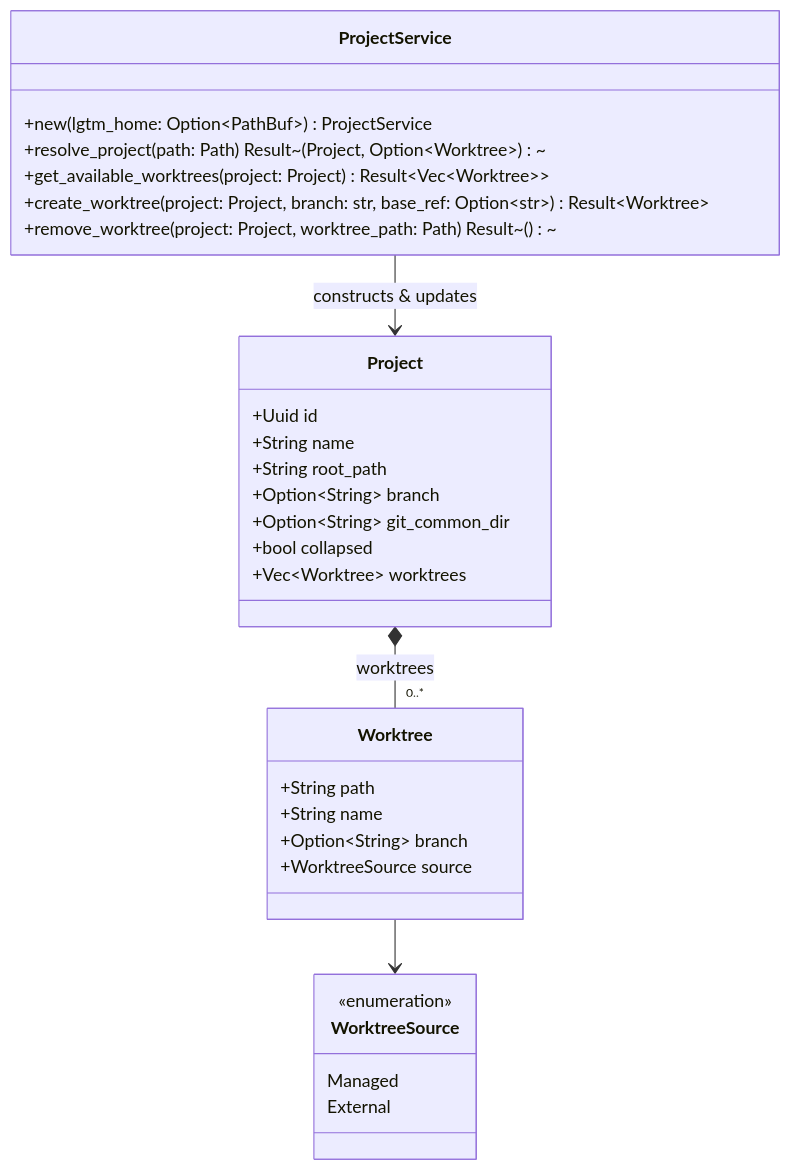
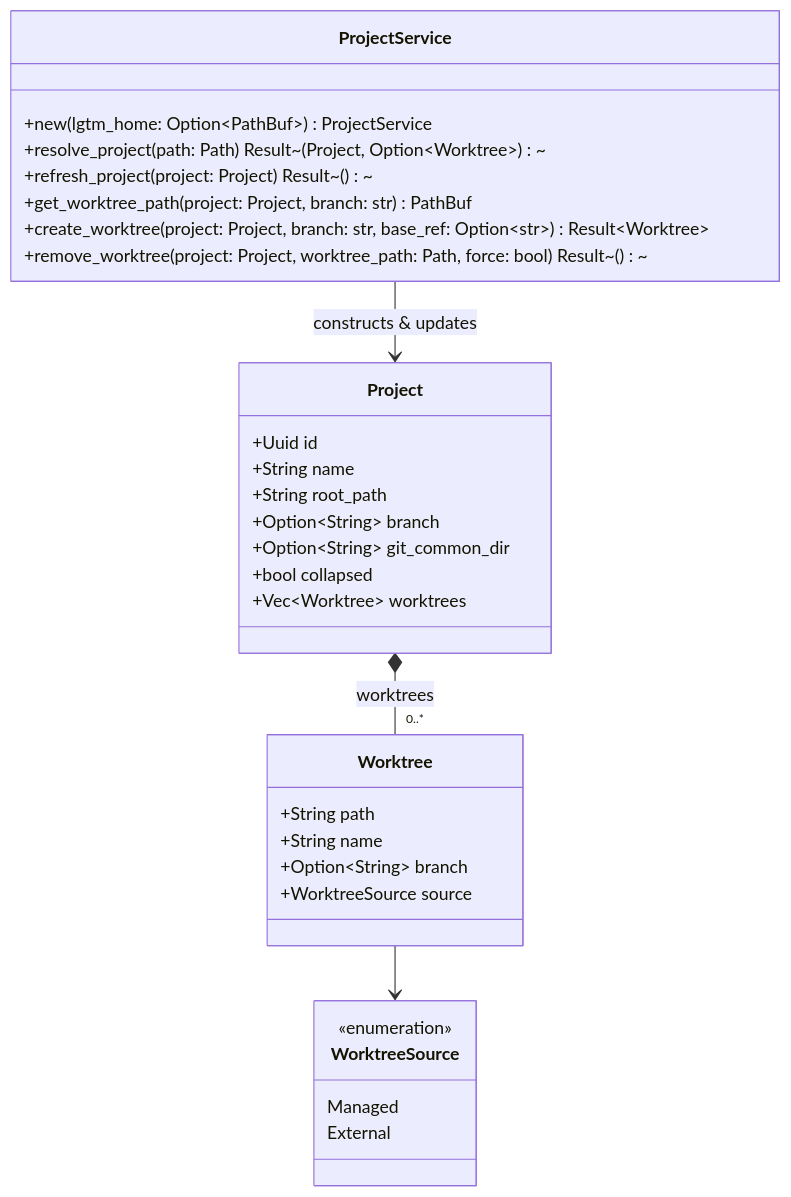
The second of 3 diagrams in docs/architecture/project/index.md (difflab-io/lgtm), drawn with Mermaid before and after one commit. The commit also changed other lines of this file and 33 other files, not shown here.

````diff
--- a/docs/architecture/project/index.md
+++ b/docs/architecture/project/index.md
@@ -56,39 +56,40 @@
 ```mermaid
 classDiagram
     direction TB
 
     class Project {
         +Uuid id
         +String name
         +String root_path
         +Option~String~ branch
         +Option~String~ git_common_dir
         +bool collapsed
         +Vec~Worktree~ worktrees
     }
 
     class Worktree {
         +String path
         +String name
         +Option~String~ branch
         +WorktreeSource source
     }
 
     class WorktreeSource {
         <<enumeration>>
         Managed
         External
     }
 
     class ProjectService {
         +new(lgtm_home: Option~PathBuf~) ProjectService
         +resolve_project(path: Path) Result~(Project, Option~Worktree~)~
-        +get_available_worktrees(project: Project) Result~Vec~Worktree~~
+        +refresh_project(project: Project) Result~()~
+        +get_worktree_path(project: Project, branch: str) PathBuf
         +create_worktree(project: Project, branch: str, base_ref: Option~str~) Result~Worktree~
-        +remove_worktree(project: Project, worktree_path: Path) Result~()~
+        +remove_worktree(project: Project, worktree_path: Path, force: bool) Result~()~
     }
 
     Project *-- "0..*" Worktree : worktrees
     Worktree --> WorktreeSource
     ProjectService --> Project : constructs & updates
 ```
````
